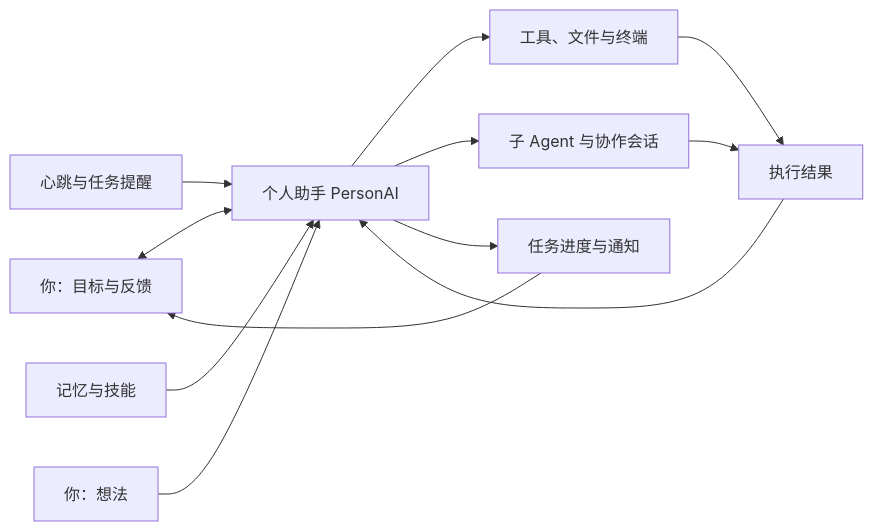
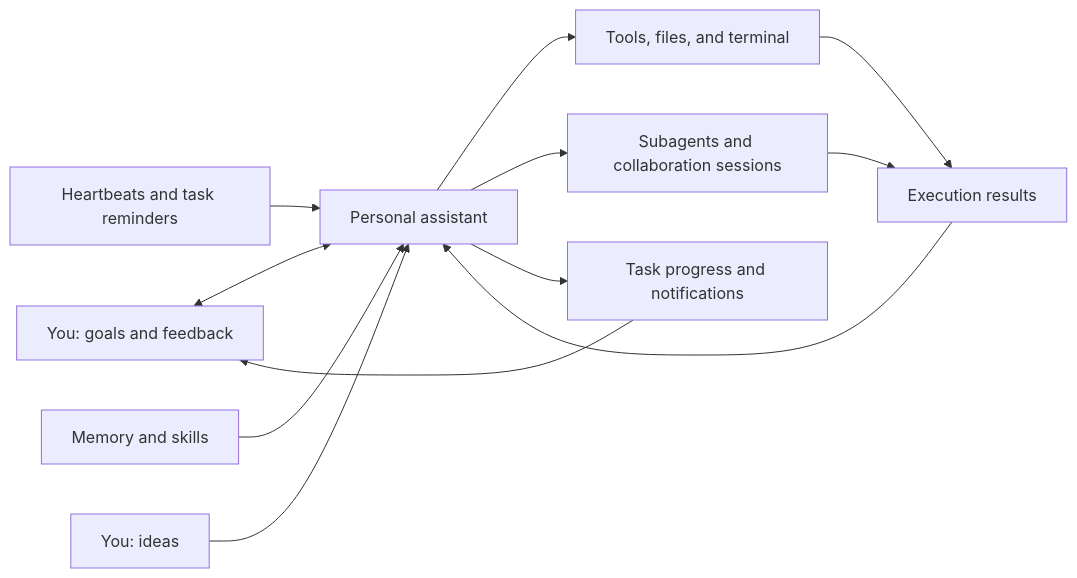
Before and after one commit to Penglai-Link/Tron-Harness: the diagram in README.md, drawn with Mermaid. The commit also changed other lines of this file and 28 other files, not shown here.

````diff
--- a/README.md
+++ b/README.md
@@ -94,14 +94,14 @@
 ```mermaid
 flowchart LR
-    User[你：目标与反馈] <--> PersonAI[个人助手 PersonAI]
-    PersonAI --> Tools[工具、文件与终端]
-    PersonAI --> Agents[子 Agent 与协作会话]
-    Tools --> Results[执行结果]
+    User[You: goals and feedback] <--> PersonAI[Personal assistant]
+    PersonAI --> Tools[Tools, files, and terminal]
+    PersonAI --> Agents[Subagents and collaboration sessions]
+    Tools --> Results[Execution results]
     Agents --> Results
     Results --> PersonAI
-    PersonAI --> Tasks[任务进度与通知]
+    PersonAI --> Tasks[Task progress and notifications]
     Tasks --> User
-    Wake[心跳与任务提醒] --> PersonAI
-    Memory[记忆与技能] --> PersonAI
-    Chat[你：想法] --> PersonAI
+    Wake[Heartbeats and task reminders] --> PersonAI
+    Memory[Memory and skills] --> PersonAI
+    Chat[You: ideas] --> PersonAI
 ```
````
